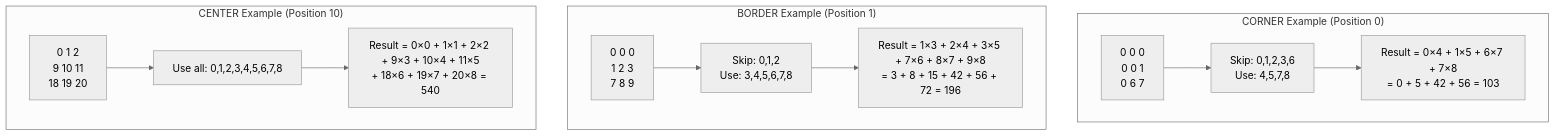
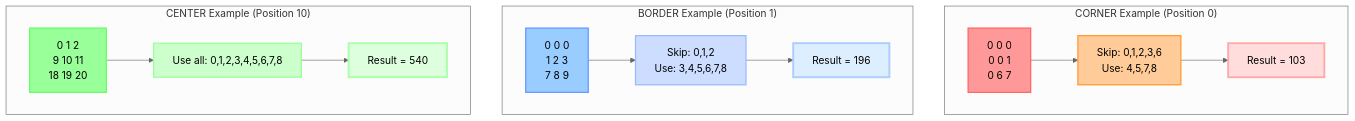
One commit to jalcim/logilib changed the seventh of 12 diagrams in src/tensor/README.md. Above: the diagram before and after it, drawn with Mermaid (neutral theme). The commit also changed other lines of this file and 1 other file, not shown here.

Commit message:
more mermaid

````diff
--- a/src/tensor/README.md
+++ b/src/tensor/README.md
@@ -119,15 +119,39 @@
 ```mermaid
 graph TD
     subgraph "CORNER Example (Position 0)"
-        A1[0 0 0<br/>0 0 1<br/>0 6 7] --> B1[Skip: 0,1,2,3,6<br/>Use: 4,5,7,8] --> C1[Result = 0×4 + 1×5 + 6×7 + 7×8<br/>= 0 + 5 + 42 + 56 = 103]
+        A1[0 0 0<br/>0 0 1<br/>0 6 7] --> B1[Skip: 0,1,2,3,6<br/>Use: 4,5,7,8] --> C1[Result = 103]
     end
 
     subgraph "BORDER Example (Position 1)"
-        A2[0 0 0<br/>1 2 3<br/>7 8 9] --> B2[Skip: 0,1,2<br/>Use: 3,4,5,6,7,8] --> C2[Result = 1×3 + 2×4 + 3×5 + 7×6 + 8×7 + 9×8<br/>= 3 + 8 + 15 + 42 + 56 + 72 = 196]
+        A2[0 0 0<br/>1 2 3<br/>7 8 9] --> B2[Skip: 0,1,2<br/>Use: 3,4,5,6,7,8] --> C2[Result = 196]
     end
 
     subgraph "CENTER Example (Position 10)"
-        A3[0 1 2<br/>9 10 11<br/>18 19 20] --> B3[Use all: 0,1,2,3,4,5,6,7,8] --> C3[Result = 0×0 + 1×1 + 2×2 + 9×3 + 10×4 + 11×5<br/>+ 18×6 + 19×7 + 20×8 = 540]
+        A3[0 1 2<br/>9 10 11<br/>18 19 20] --> B3[Use all: 0,1,2,3,4,5,6,7,8] --> C3[Result = 540]
     end
 
+    classDef cornerData fill:#ff9999,stroke:#ff6666,stroke-width:2px,color:#000
+    classDef borderData fill:#99ccff,stroke:#6699ff,stroke-width:2px,color:#000
+    classDef centerData fill:#99ff99,stroke:#66ff66,stroke-width:2px,color:#000
+
+    classDef cornerProcess fill:#ffcc99,stroke:#ff9933,stroke-width:2px,color:#000
+    classDef borderProcess fill:#ccddff,stroke:#99bbff,stroke-width:2px,color:#000
+    classDef centerProcess fill:#ccffcc,stroke:#99ff99,stroke-width:2px,color:#000
+
+    classDef cornerResult fill:#ffdddd,stroke:#ffaaaa,stroke-width:3px,color:#000
+    classDef borderResult fill:#ddeeff,stroke:#aaccff,stroke-width:3px,color:#000
+    classDef centerResult fill:#ddffdd,stroke:#aaffaa,stroke-width:3px,color:#000
+
+    class A1 cornerData
+    class A2 borderData
+    class A3 centerData
+
+    class B1 cornerProcess
+    class B2 borderProcess
+    class B3 centerProcess
+
+    class C1 cornerResult
+    class C2 borderResult
+    class C3 centerResult
+
 ```
````
